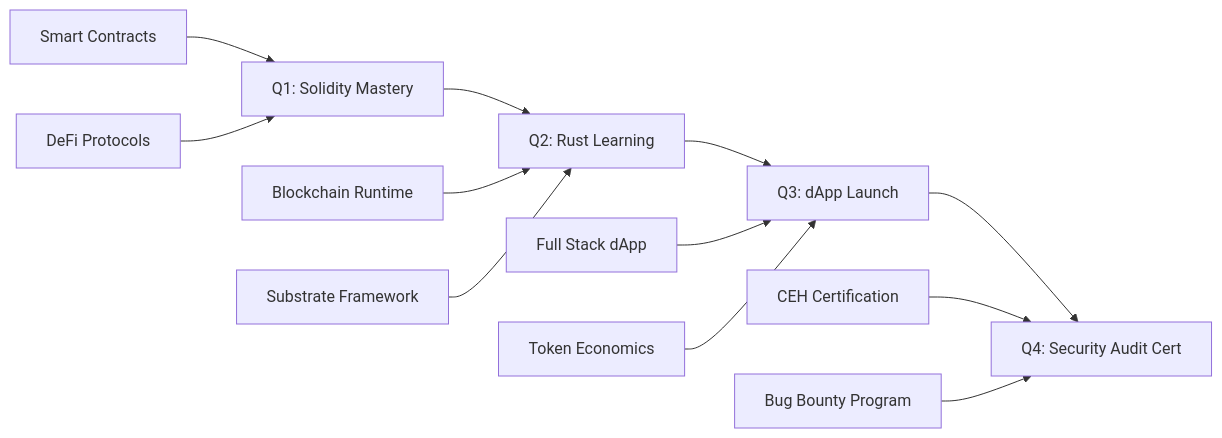
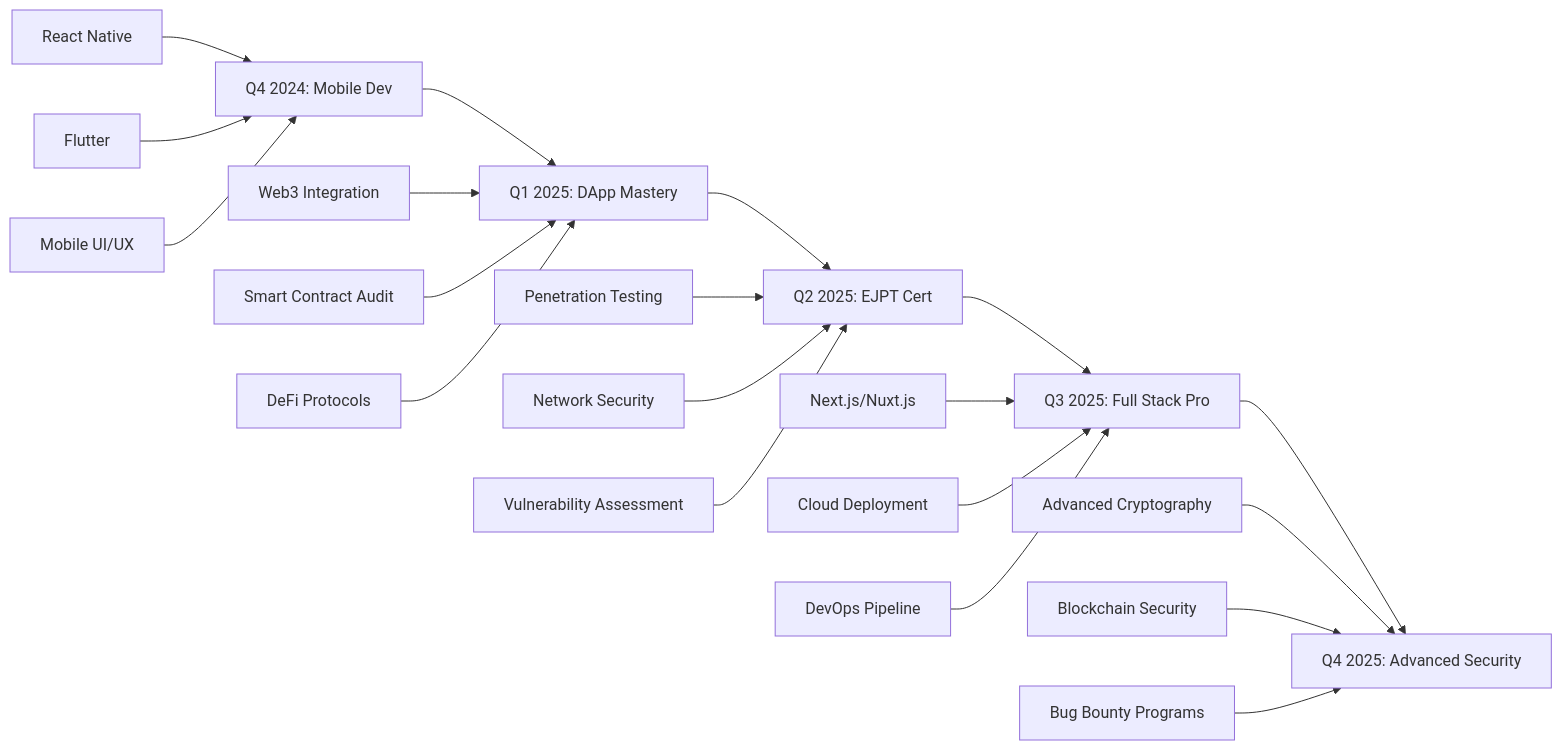
One commit to OmarQV/OmarQV changed the diagram in README.md. Above: the diagram before and after it, drawn with Mermaid. The commit also changed other lines of this file, not shown here.

````diff
--- a/README.md
+++ b/README.md
@@ -167,18 +167,27 @@
 ```mermaid
 graph LR
-    A[Q1: Solidity Mastery] --> B[Q2: Rust Learning]
-    B --> C[Q3: dApp Launch]
-    C --> D[Q4: Security Audit Cert]
+    A[Q4 2024: Mobile Dev] --> B[Q1 2025: DApp Mastery]
+    B --> C[Q2 2025: EJPT Cert]
+    C --> D[Q3 2025: Full Stack Pro]
+    D --> E[Q4 2025: Advanced Security]
     
-    A1[Smart Contracts] --> A
-    A2[DeFi Protocols] --> A
+    A1[React Native] --> A
+    A2[Flutter] --> A
+    A3[Mobile UI/UX] --> A
     
-    B1[Blockchain Runtime] --> B
-    B2[Substrate Framework] --> B
+    B1[Web3 Integration] --> B
+    B2[Smart Contract Audit] --> B
+    B3[DeFi Protocols] --> B
     
-    C1[Full Stack dApp] --> C
-    C2[Token Economics] --> C
+    C1[Penetration Testing] --> C
+    C2[Network Security] --> C
+    C3[Vulnerability Assessment] --> C
     
-    D1[CEH Certification] --> D
-    D2[Bug Bounty Program] --> D
+    D1[Next.js/Nuxt.js] --> D
+    D2[Cloud Deployment] --> D
+    D3[DevOps Pipeline] --> D
+    
+    E1[Advanced Cryptography] --> E
+    E2[Blockchain Security] --> E
+    E3[Bug Bounty Programs] --> E
 ```
````
